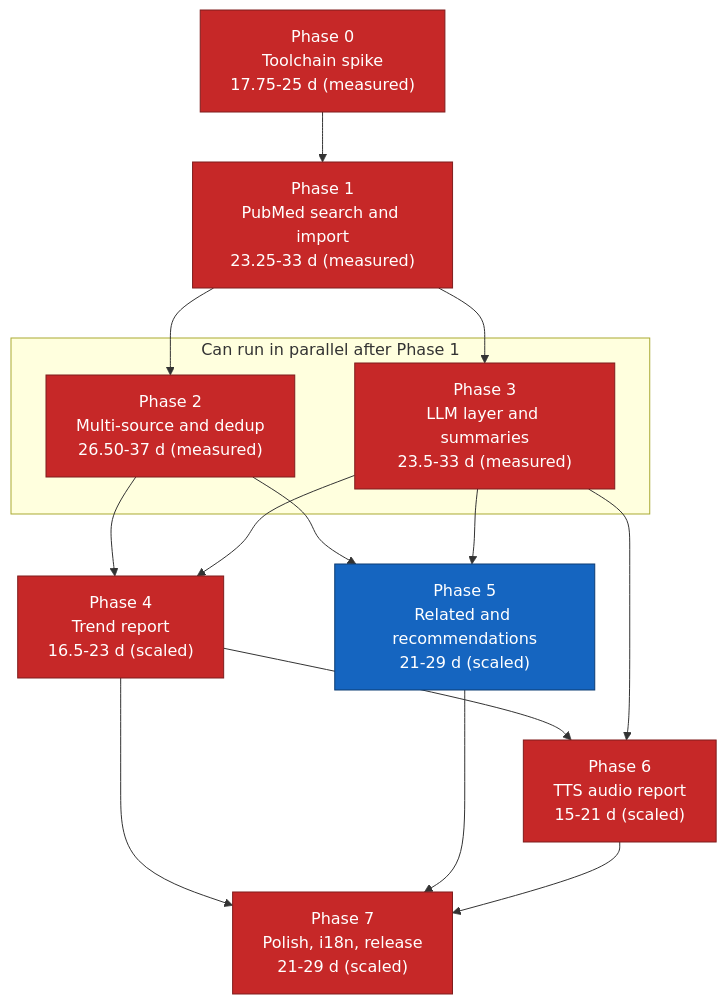
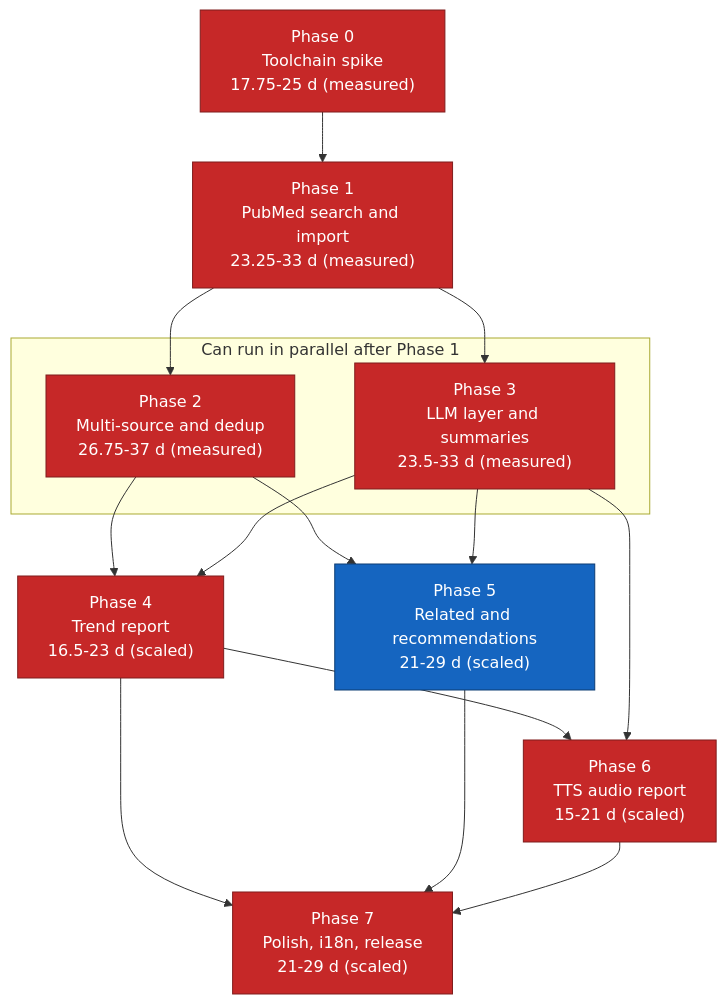
Before and after one commit to suppakoko/research_helper: the diagram in docs/11-implementation-roadmap.md, drawn with Mermaid. The commit also changed other lines of this file and 3 other files, not shown here.

````diff
--- a/docs/11-implementation-roadmap.md
+++ b/docs/11-implementation-roadmap.md
@@ -326,34 +326,34 @@
 ```mermaid
 graph TD
     P0["Phase 0<br/>Toolchain spike<br/>17.75-25 d (measured)"]
     P1["Phase 1<br/>PubMed search and import<br/>23.25-33 d (measured)"]
-    P2["Phase 2<br/>Multi-source and dedup<br/>26.50-37 d (measured)"]
+    P2["Phase 2<br/>Multi-source and dedup<br/>26.75-37 d (measured)"]
     P3["Phase 3<br/>LLM layer and summaries<br/>23.5-33 d (measured)"]
     P4["Phase 4<br/>Trend report<br/>16.5-23 d (scaled)"]
     P5["Phase 5<br/>Related and recommendations<br/>21-29 d (scaled)"]
     P6["Phase 6<br/>TTS audio report<br/>15-21 d (scaled)"]
     P7["Phase 7<br/>Polish, i18n, release<br/>21-29 d (scaled)"]
 
     P0 --> P1
     P1 --> P2
     P1 --> P3
     P2 --> P4
     P3 --> P4
     P2 --> P5
     P3 --> P5
     P4 --> P6
     P3 --> P6
     P4 --> P7
     P5 --> P7
     P6 --> P7
 
     subgraph parallel["Can run in parallel after Phase 1"]
         P2
         P3
     end
 
     classDef critical fill:#c62828,stroke:#7f1d1d,color:#ffffff
     classDef normal fill:#1565c0,stroke:#0d3c73,color:#ffffff
     class P0,P1,P2,P3,P4,P6,P7 critical
     class P5 normal
 ```
````
